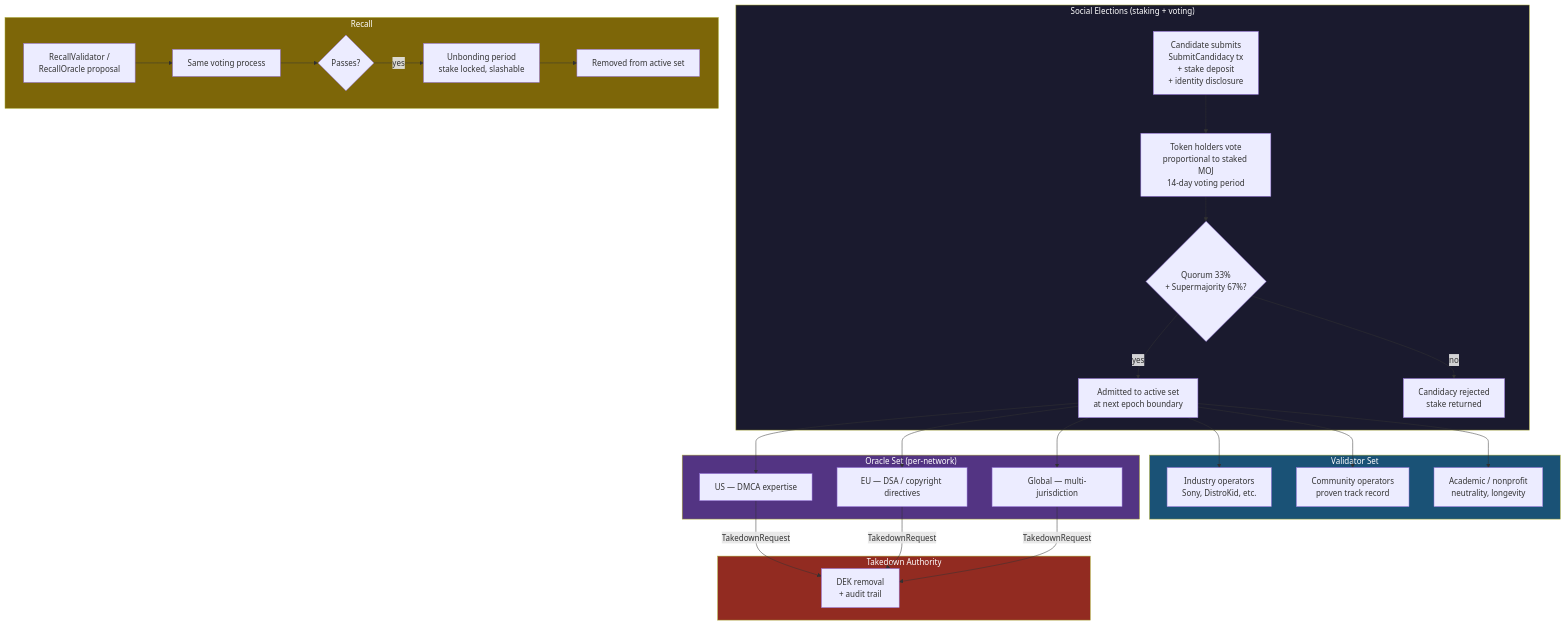
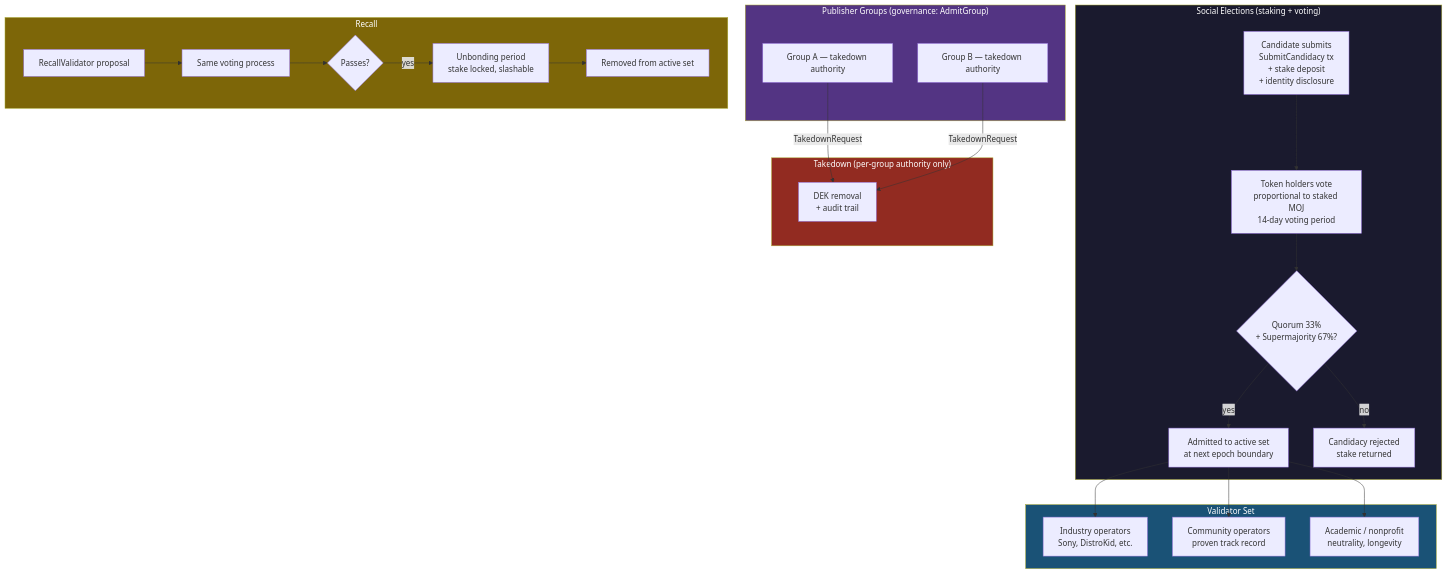
One commit to alecsavvy/mojave changed the diagram in docs/diagrams/governance.mermaid. Above: the diagram before and after it, drawn with Mermaid. The commit also changed 7 other files, not shown here.

```diff
--- a/docs/diagrams/governance.mermaid
+++ b/docs/diagrams/governance.mermaid
@@ -1,58 +1,52 @@
 graph TD
     subgraph Elections["Social Elections (staking + voting)"]
         CAND[Candidate submits<br/>SubmitCandidacy tx<br/>+ stake deposit<br/>+ identity disclosure]
         VOTE[Token holders vote<br/>proportional to staked MOJ<br/>14-day voting period]
         THRESH{Quorum 33%<br/>+ Supermajority 67%?}
         ADMIT[Admitted to active set<br/>at next epoch boundary]
         REJECT[Candidacy rejected<br/>stake returned]
 
         CAND --> VOTE
         VOTE --> THRESH
         THRESH -->|yes| ADMIT
         THRESH -->|no| REJECT
     end
 
     subgraph ValidatorSet["Validator Set"]
         V_IND[Industry operators<br/>Sony, DistroKid, etc.]
         V_COM[Community operators<br/>proven track record]
         V_ACA[Academic / nonprofit<br/>neutrality, longevity]
 
         ADMIT --> V_IND
         ADMIT --> V_COM
         ADMIT --> V_ACA
     end
 
-    subgraph OracleSet["Oracle Set (per-network)"]
-        O_US[US — DMCA expertise]
-        O_EU[EU — DSA / copyright directives]
-        O_GL[Global — multi-jurisdiction]
-
-        ADMIT --> O_US
-        ADMIT --> O_EU
-        ADMIT --> O_GL
+    subgraph Groups["Publisher Groups (governance: AdmitGroup)"]
+        G_A[Group A — takedown authority]
+        G_B[Group B — takedown authority]
     end
 
     subgraph Removal["Recall"]
-        RECALL[RecallValidator /<br/>RecallOracle proposal]
+        RECALL[RecallValidator proposal]
         R_VOTE[Same voting process]
         R_THRESH{Passes?}
         UNBOND[Unbonding period<br/>stake locked, slashable]
         REMOVED[Removed from active set]
 
         RECALL --> R_VOTE
         R_VOTE --> R_THRESH
         R_THRESH -->|yes| UNBOND
         UNBOND --> REMOVED
     end
 
-    subgraph Takedowns["Takedown Authority"]
-        O_US -->|TakedownRequest| TD[DEK removal<br/>+ audit trail]
-        O_EU -->|TakedownRequest| TD
-        O_GL -->|TakedownRequest| TD
+    subgraph Takedowns["Takedown (per-group authority only)"]
+        G_A -->|TakedownRequest| TD[DEK removal<br/>+ audit trail]
+        G_B -->|TakedownRequest| TD
     end
 
     style Elections fill:#1a1a2e,color:#fff
     style ValidatorSet fill:#1a5276,color:#fff
-    style OracleSet fill:#533483,color:#fff
+    style Groups fill:#533483,color:#fff
     style Takedowns fill:#922b21,color:#fff
     style Removal fill:#7d6608,color:#fff
```
